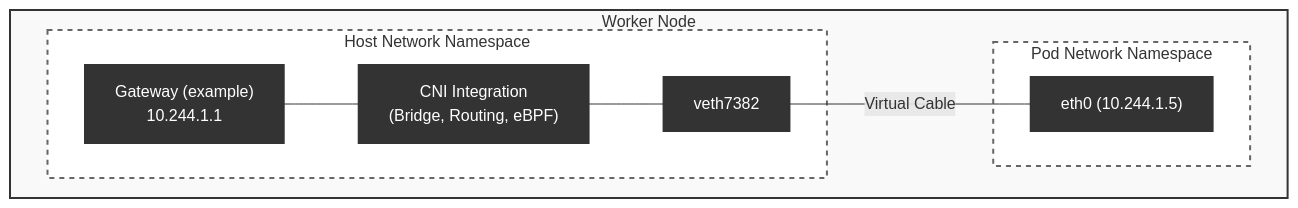
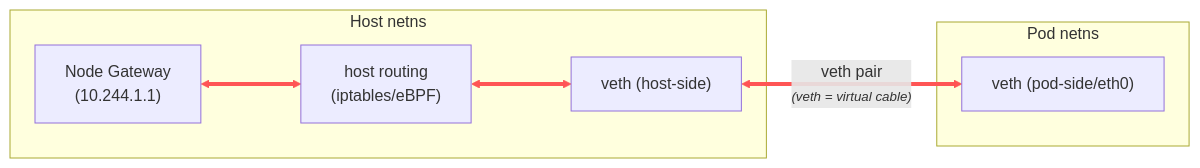
Before and after one commit to SRodi/srodi.github.io: the fourth of 13 diagrams in _posts/2025-09-07-kubernetes-networking-series-part-2.md, drawn with Mermaid. The commit also changed other lines of this file and 1 other file, not shown here.

Commit message:
improve k8snet part2 and part5

````diff
--- a/_posts/2025-09-07-kubernetes-networking-series-part-2.md
+++ b/_posts/2025-09-07-kubernetes-networking-series-part-2.md
@@ -151,27 +150,19 @@
 ```mermaid
-graph TB
-    subgraph Node ["Worker Node"]
-        
-        subgraph HostNS ["Host Network Namespace"]
-            NodeEth["Gateway (example)<br>10.244.1.1"]
-            CNI_Mechanism["CNI Integration<br>(Bridge, Routing, eBPF)"]
-            Veth_Host["veth7382"]
-        end
-
-        subgraph PodNS ["Pod Network Namespace"]
-            Eth0_Pod["eth0 (10.244.1.5)"]
-        end
-
-        %% Wiring
-        NodeEth --- CNI_Mechanism
-        CNI_Mechanism --- Veth_Host
-        Veth_Host -- "Virtual Cable" --- Eth0_Pod
+graph LR       
+    subgraph HostNS ["Host netns"]
+        NodeEth["Node Gateway <br>(10.244.1.1)"]
+        CNI_Mechanism["host routing<br>(iptables/eBPF)"]
+        Veth_Host["veth (host-side)"]
     end
 
-    style Node fill:#f9f9f9,stroke:#333,stroke-width:2px,color:#333
-    style HostNS fill:#fff,stroke:#666,stroke-width:2px,color:#333,stroke-dasharray: 5 5
-    style PodNS fill:#fff,stroke:#666,stroke-width:2px,color:#333,stroke-dasharray: 5 5
+    subgraph PodNS ["Pod netns"]
+        Eth0_Pod["veth (pod-side/eth0)"]
+    end
 
-    classDef component fill:#333,stroke:#333,stroke-width:2px,color:#fff
-    class NodeEth,CNI_Mechanism,Veth_Host,Eth0_Pod component
+    %% Wiring
+    NodeEth <---> CNI_Mechanism
+    CNI_Mechanism <---> Veth_Host
+    Veth_Host <-- "veth pair<br><i><small>(veth = virtual cable)</small></i>" --> Eth0_Pod
+    %% Highlight the packet flow
+    linkStyle 0,1,2 stroke:#ff5555,stroke-width:4px;
 ```
````
